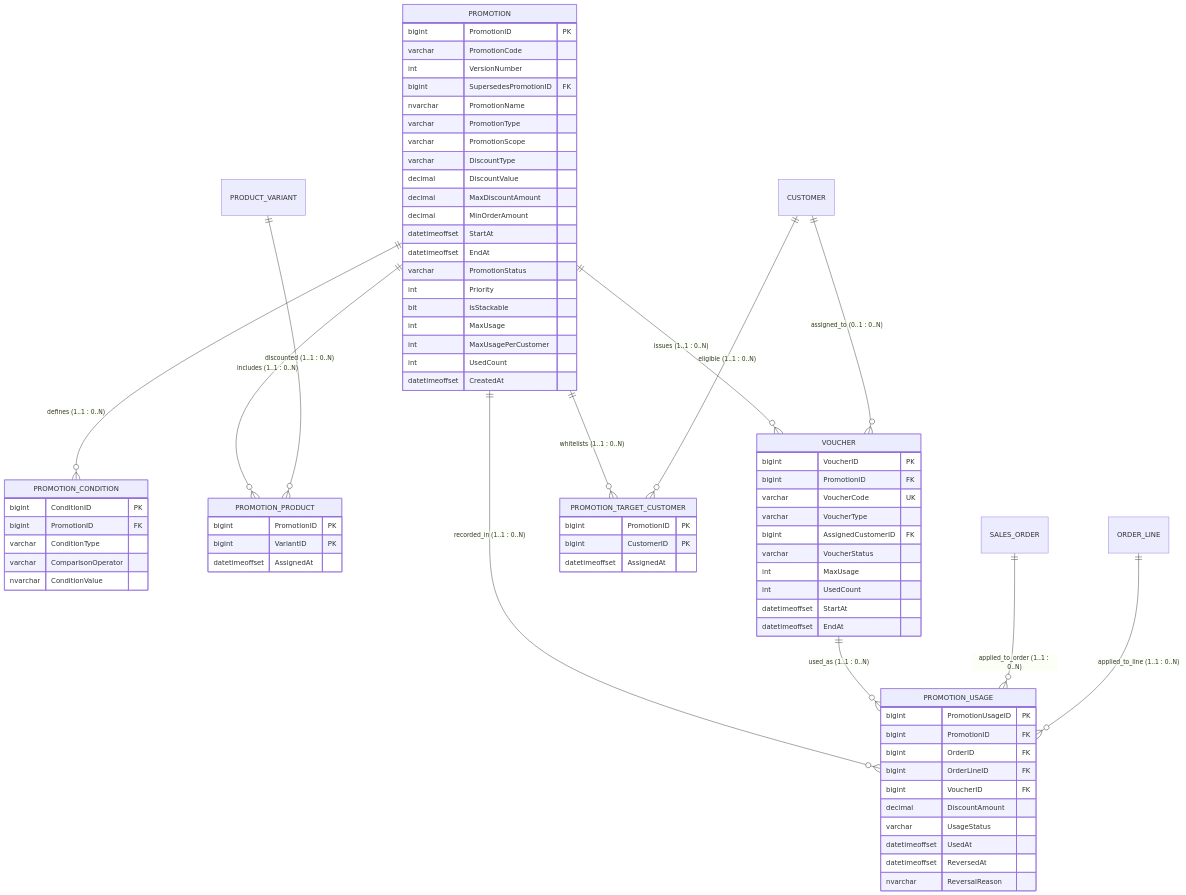
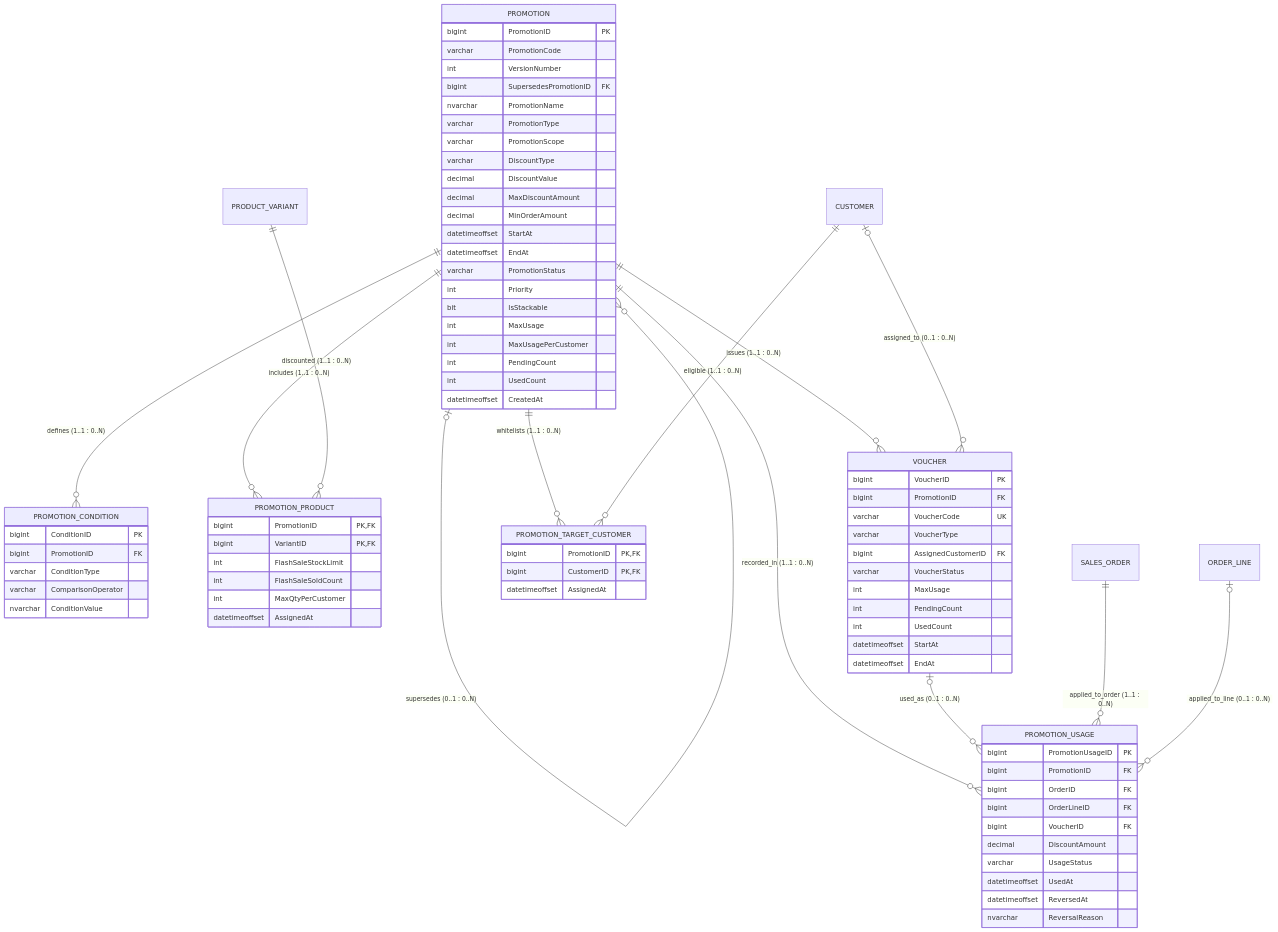
The diagram in docs/erd/mermaid/Promotion-Voucher.md (itzchugnn/RetailCore-E-commerce-Management-System), drawn with Mermaid before and after one commit. The commit also changed 42 other files, not shown here.

````diff
--- a/docs/erd/mermaid/Promotion-Voucher.md
+++ b/docs/erd/mermaid/Promotion-Voucher.md
@@ -1,19 +1,20 @@
 ```mermaid
 erDiagram
+    PROMOTION |o--o{ PROMOTION : "supersedes (0..1 : 0..N)"
     PROMOTION ||--o{ PROMOTION_CONDITION : "defines (1..1 : 0..N)"
     PROMOTION ||--o{ PROMOTION_PRODUCT : "includes (1..1 : 0..N)"
     PRODUCT_VARIANT ||--o{ PROMOTION_PRODUCT : "discounted (1..1 : 0..N)"
 
     PROMOTION ||--o{ VOUCHER : "issues (1..1 : 0..N)"
-    CUSTOMER ||--o{ VOUCHER : "assigned_to (0..1 : 0..N)"
+    CUSTOMER |o--o{ VOUCHER : "assigned_to (0..1 : 0..N)"
 
     PROMOTION ||--o{ PROMOTION_TARGET_CUSTOMER : "whitelists (1..1 : 0..N)"
     CUSTOMER ||--o{ PROMOTION_TARGET_CUSTOMER : "eligible (1..1 : 0..N)"
 
     PROMOTION ||--o{ PROMOTION_USAGE : "recorded_in (1..1 : 0..N)"
-    VOUCHER ||--o{ PROMOTION_USAGE : "used_as (1..1 : 0..N)"
+    VOUCHER |o--o{ PROMOTION_USAGE : "used_as (0..1 : 0..N)"
     SALES_ORDER ||--o{ PROMOTION_USAGE : "applied_to_order (1..1 : 0..N)"
-    ORDER_LINE ||--o{ PROMOTION_USAGE : "applied_to_line (1..1 : 0..N)"
+    ORDER_LINE |o--o{ PROMOTION_USAGE : "applied_to_line (0..1 : 0..N)"
 
     PROMOTION {
         bigint PromotionID PK
@@ -34,6 +35,7 @@
         bit IsStackable
         int MaxUsage
         int MaxUsagePerCustomer
+        int PendingCount
         int UsedCount
         datetimeoffset CreatedAt
     }
@@ -45,8 +47,11 @@
         nvarchar ConditionValue
     }
     PROMOTION_PRODUCT {
-        bigint PromotionID PK
-        bigint VariantID PK
+        bigint PromotionID PK,FK
+        bigint VariantID PK,FK
+        int FlashSaleStockLimit
+        int FlashSaleSoldCount
+        int MaxQtyPerCustomer
         datetimeoffset AssignedAt
     }
     VOUCHER {
@@ -57,6 +62,7 @@
         bigint AssignedCustomerID FK
         varchar VoucherStatus
         int MaxUsage
+        int PendingCount
         int UsedCount
         datetimeoffset StartAt
         datetimeoffset EndAt
@@ -74,8 +80,8 @@
         nvarchar ReversalReason
     }
     PROMOTION_TARGET_CUSTOMER {
-        bigint PromotionID PK
-        bigint CustomerID PK
+        bigint PromotionID PK,FK
+        bigint CustomerID PK,FK
         datetimeoffset AssignedAt
     }
 ```
````
